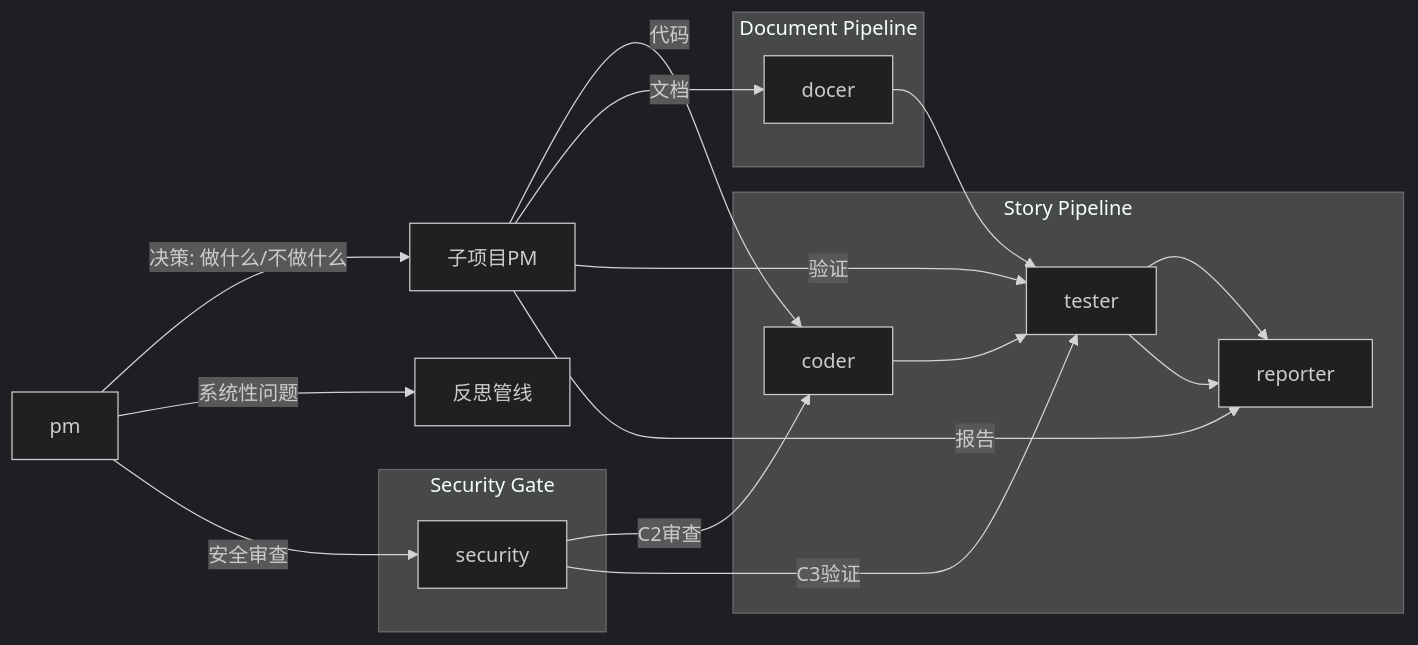
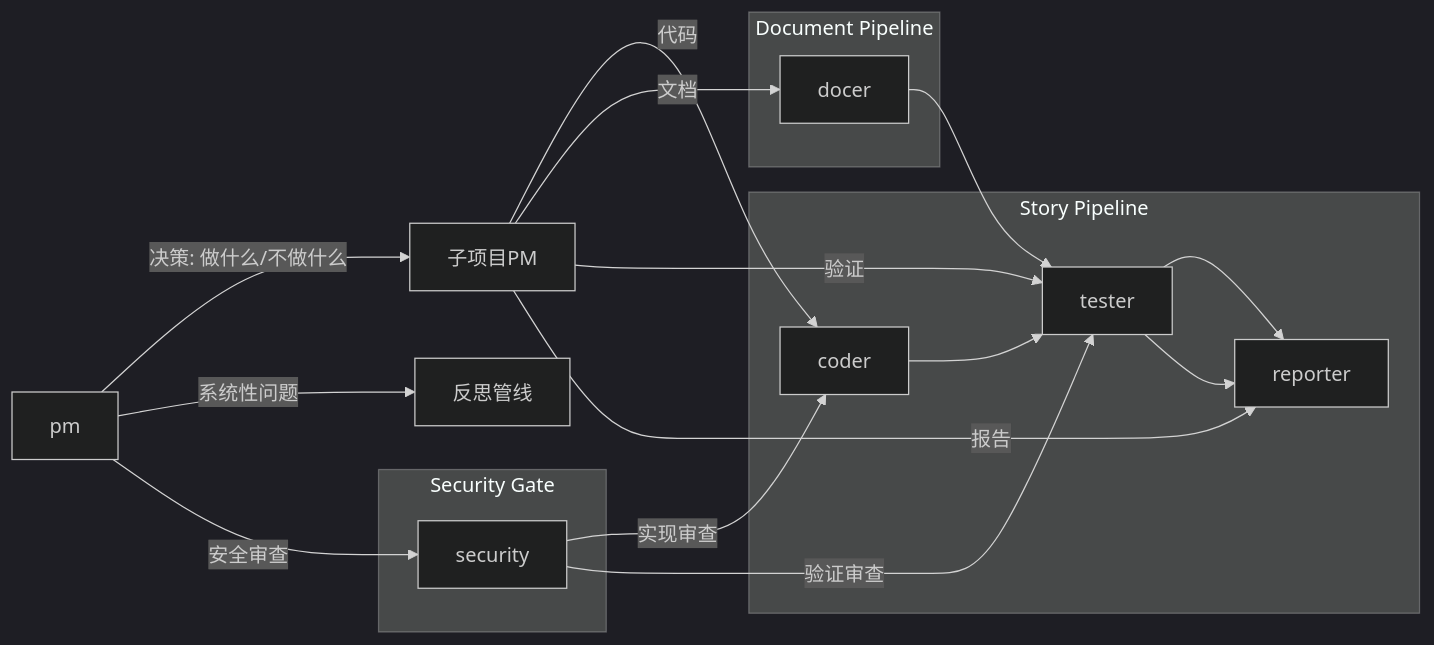
Before and after one commit to effiy/YrY: the diagram in agents/AGENT.md, drawn with Mermaid (dark theme). The commit also changed other lines of this file and 12 other files, not shown here.

````diff
--- a/agents/AGENT.md
+++ b/agents/AGENT.md
@@ -5,21 +5,21 @@
 ```mermaid
 graph LR
     pm -->|决策: 做什么/不做什么| SUB["子项目PM"]
     pm -->|系统性问题| S_REFLECT["反思管线"]
     SUB -->|代码| coder
     SUB -->|文档| docer
     SUB -->|验证| tester
     SUB -->|报告| reporter
     pm -->|安全审查| security
 
     subgraph "Story Pipeline"
         coder --> tester --> reporter
     end
     subgraph "Document Pipeline"
         docer --> tester --> reporter
     end
     subgraph "Security Gate"
-        security -->|C2审查| coder
-        security -->|C3验证| tester
+        security -->|实现审查| coder
+        security -->|验证审查| tester
     end
 ```
````
